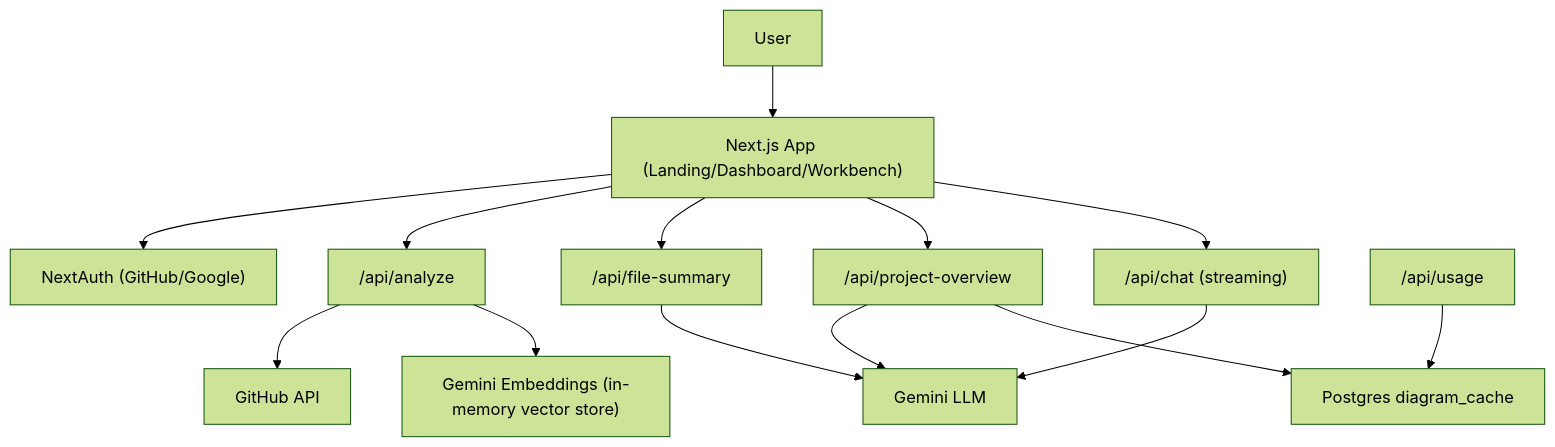
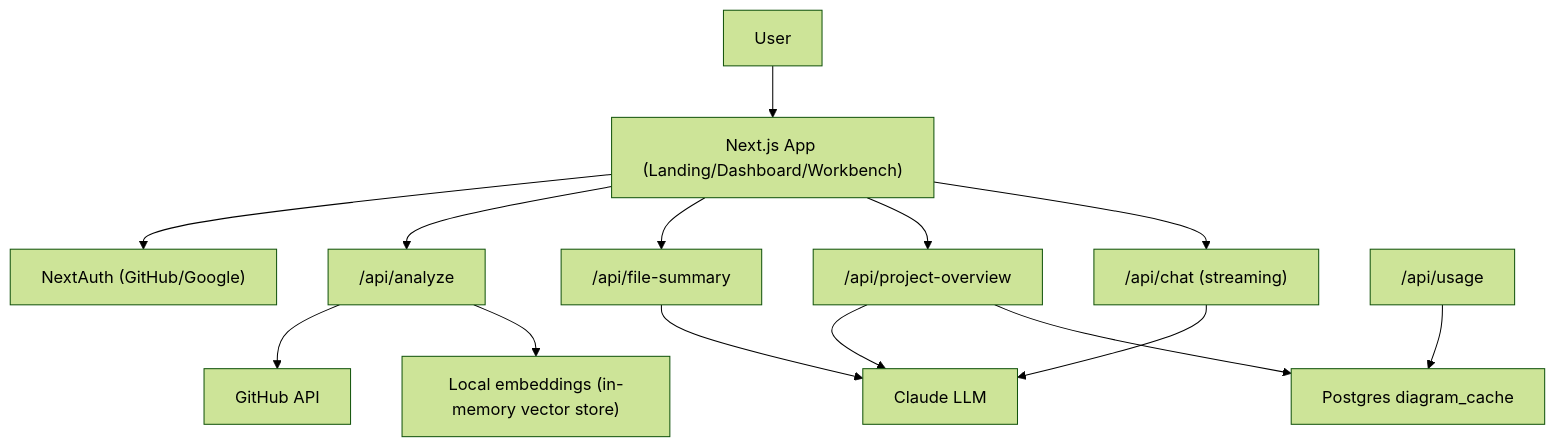
One commit to Tusharkaushik1106/gitlore changed the diagram in README.md. Above: the diagram before and after it, drawn with Mermaid (forest theme). The commit also changed other lines of this file and 28 other files, not shown here.

First line of the commit message:
Replace Gemini with the Claude API and harden usage limits

````diff
--- a/README.md
+++ b/README.md
@@ -15,16 +15,16 @@
 ```mermaid
 flowchart TD
   User["User"] --> UI["Next.js App (Landing/Dashboard/Workbench)"]
   UI --> Auth["NextAuth (GitHub/Google)"]
   UI --> Analyze["/api/analyze"]
   UI --> FileSummary["/api/file-summary"]
   UI --> ProjectOverview["/api/project-overview"]
   UI --> Chat["/api/chat (streaming)"]
   Analyze --> GitHub["GitHub API"]
-  Analyze --> Embeddings["Gemini Embeddings (in-memory vector store)"]
-  ProjectOverview --> Gemini["Gemini LLM"]
-  FileSummary --> Gemini
-  Chat --> Gemini
+  Analyze --> Embeddings["Local embeddings (in-memory vector store)"]
+  ProjectOverview --> Claude["Claude LLM"]
+  FileSummary --> Claude
+  Chat --> Claude
   ProjectOverview --> PG["Postgres diagram_cache"]
   Usage["/api/usage"] --> PG
 ```
````
